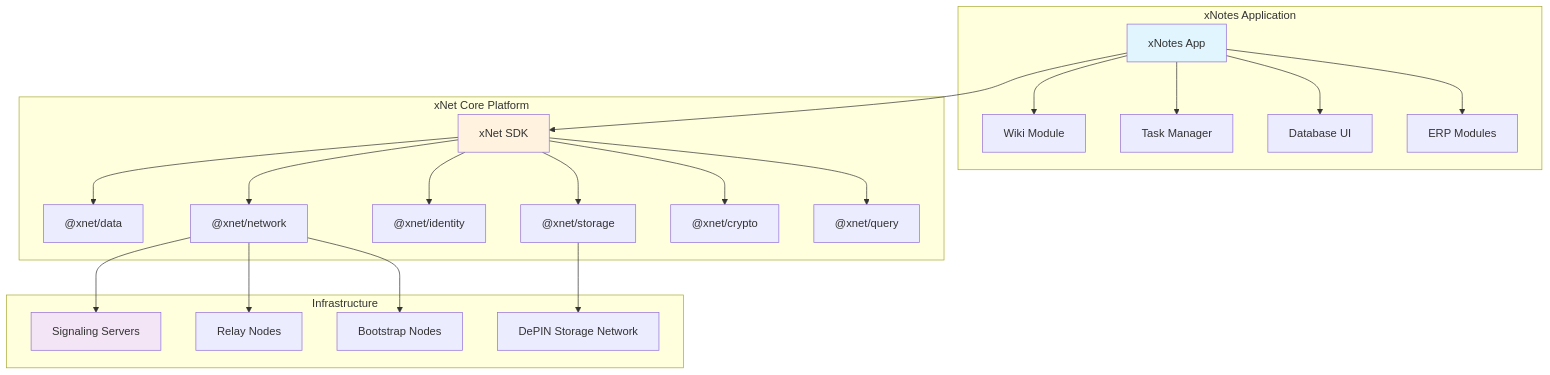
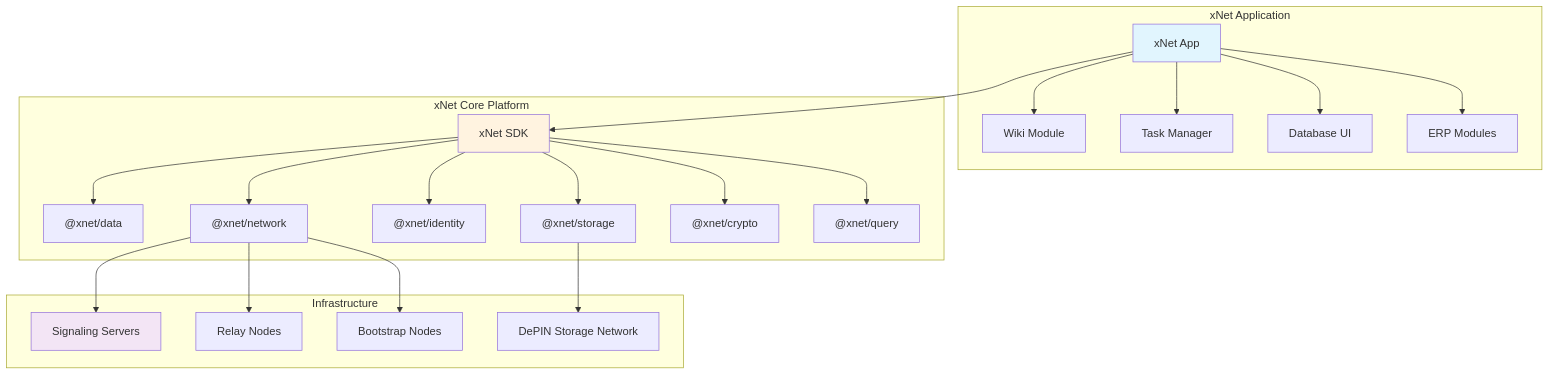
The first of 4 diagrams in docs/plan/README.md (crs48/xNet), drawn with Mermaid before and after one commit. The commit also changed other lines of this file and 44 other files, not shown here.

First line of the commit message:
Rename xNotes to xNet throughout codebase

````diff
--- a/docs/plan/README.md
+++ b/docs/plan/README.md
@@ -18,47 +18,47 @@
 ```mermaid
 graph TB
-    subgraph "xNotes Application"
-        APP[xNotes App]
+    subgraph "xNet Application"
+        APP[xNet App]
         WIKI[Wiki Module]
         TASKS[Task Manager]
         DB[Database UI]
         ERP[ERP Modules]
         APP --> WIKI
         APP --> TASKS
         APP --> DB
         APP --> ERP
     end
 
     subgraph "xNet Core Platform"
         SDK["xNet SDK"]
         DATA["@xnet/data"]
         NET["@xnet/network"]
         ID["@xnet/identity"]
         STORE["@xnet/storage"]
         CRYPTO["@xnet/crypto"]
         QUERY["@xnet/query"]
         SDK --> DATA
         SDK --> NET
         SDK --> ID
         SDK --> STORE
         SDK --> CRYPTO
         SDK --> QUERY
     end
 
     subgraph "Infrastructure"
         SIGNAL[Signaling Servers]
         RELAY[Relay Nodes]
         BOOT[Bootstrap Nodes]
         DEPIN[DePIN Storage Network]
     end
 
     APP --> SDK
     NET --> SIGNAL
     NET --> RELAY
     NET --> BOOT
     STORE --> DEPIN
 
     style APP fill:#e1f5fe
     style SDK fill:#fff3e0
     style SIGNAL fill:#f3e5f5
 ```
````
